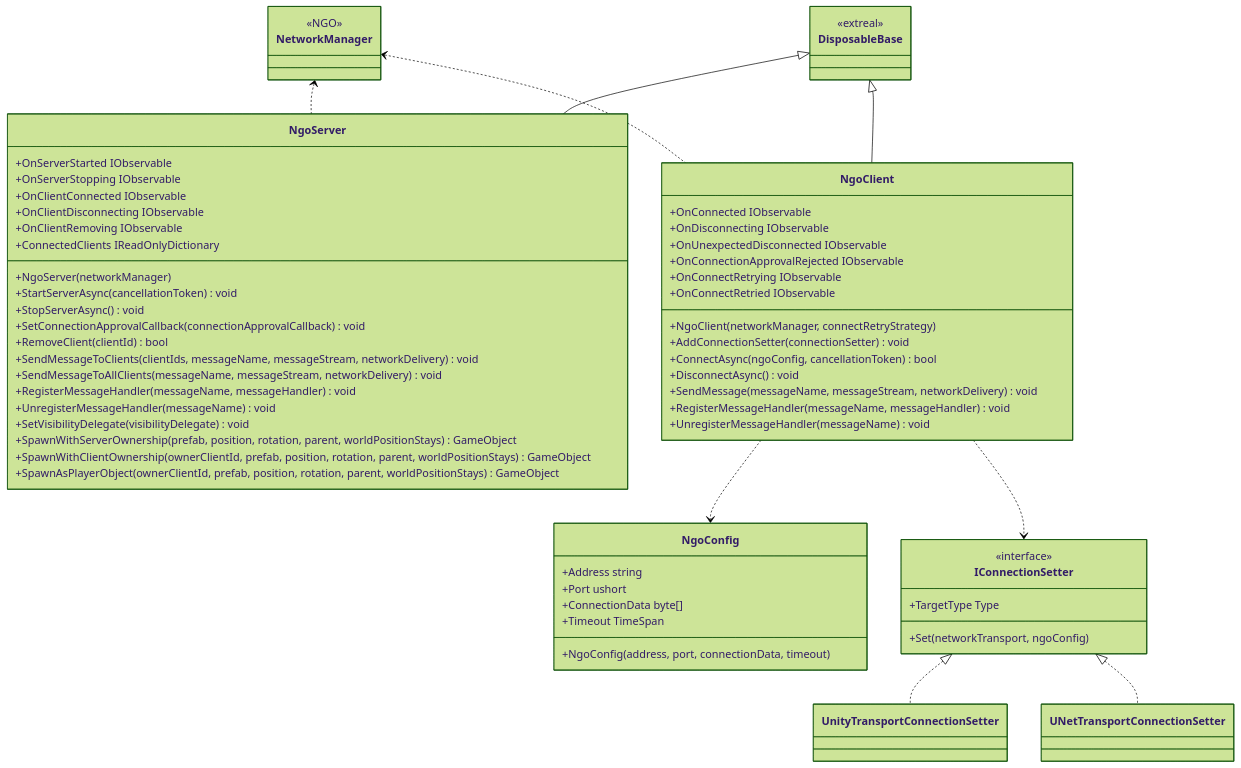
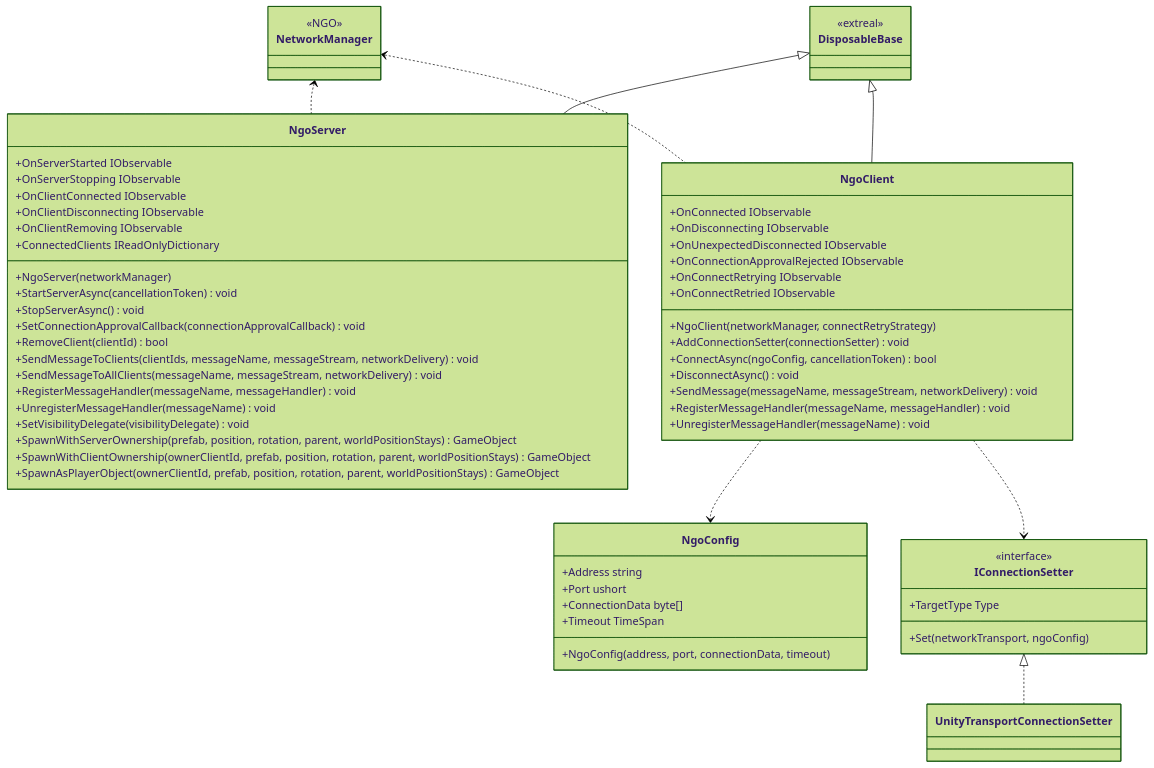
One commit to extreal-dev/Extreal.Guide changed the diagram in docs/integration/multiplay.ngo.md. Above: the diagram before and after it, drawn with Mermaid (forest theme). The commit also changed other lines of this file and 3 other files, not shown here.

````diff
--- a/docs/integration/multiplay.ngo.md
+++ b/docs/integration/multiplay.ngo.md
@@ -69,78 +69,74 @@
 ```mermaid
 classDiagram
 
     NetworkManager <.. NgoServer
     NetworkManager <.. NgoClient
     NgoClient ..> NgoConfig
     NgoClient ..> IConnectionSetter
     IConnectionSetter <|.. UnityTransportConnectionSetter
-    IConnectionSetter <|.. UNetTransportConnectionSetter
     DisposableBase <|-- NgoServer
     DisposableBase <|-- NgoClient
 
     class NetworkManager {
         <<NGO>>
     }
 
     class NgoServer {
         +OnServerStarted IObservable
         +OnServerStopping IObservable
         +OnClientConnected IObservable
         +OnClientDisconnecting IObservable
         +OnClientRemoving IObservable
         +ConnectedClients IReadOnlyDictionary
         +NgoServer(networkManager)
         +StartServerAsync(cancellationToken) void
         +StopServerAsync() void
         +SetConnectionApprovalCallback(connectionApprovalCallback) void
         +RemoveClient(clientId) bool
         +SendMessageToClients(clientIds, messageName, messageStream, networkDelivery) void
         +SendMessageToAllClients(messageName, messageStream, networkDelivery) void
         +RegisterMessageHandler(messageName, messageHandler) void
         +UnregisterMessageHandler(messageName) void
         +SetVisibilityDelegate(visibilityDelegate) void
         +SpawnWithServerOwnership(prefab, position, rotation, parent, worldPositionStays) GameObject
         +SpawnWithClientOwnership(ownerClientId, prefab, position, rotation, parent, worldPositionStays) GameObject
         +SpawnAsPlayerObject(ownerClientId, prefab, position, rotation, parent, worldPositionStays) GameObject
     }
 
     class NgoClient {
         +OnConnected IObservable
         +OnDisconnecting IObservable
         +OnUnexpectedDisconnected IObservable
         +OnConnectionApprovalRejected IObservable
         +OnConnectRetrying IObservable
         +OnConnectRetried IObservable
         +NgoClient(networkManager, connectRetryStrategy)
         +AddConnectionSetter(connectionSetter) void
         +ConnectAsync(ngoConfig, cancellationToken) bool
         +DisconnectAsync() void
         +SendMessage(messageName, messageStream, networkDelivery) void
         +RegisterMessageHandler(messageName, messageHandler) void
         +UnregisterMessageHandler(messageName) void
     }
 
     class NgoConfig {
         +Address string
         +Port ushort
         +ConnectionData byte[]
         +Timeout TimeSpan
         +NgoConfig(address, port, connectionData, timeout)
     }
 
     class IConnectionSetter {
         <<interface>>
         +TargetType Type
         +Set(networkTransport, ngoConfig)
     }
 
     class UnityTransportConnectionSetter {
     }
 
-    class UNetTransportConnectionSetter {
-    }
-
     class DisposableBase {
         <<extreal>>
     }
 ```
````
